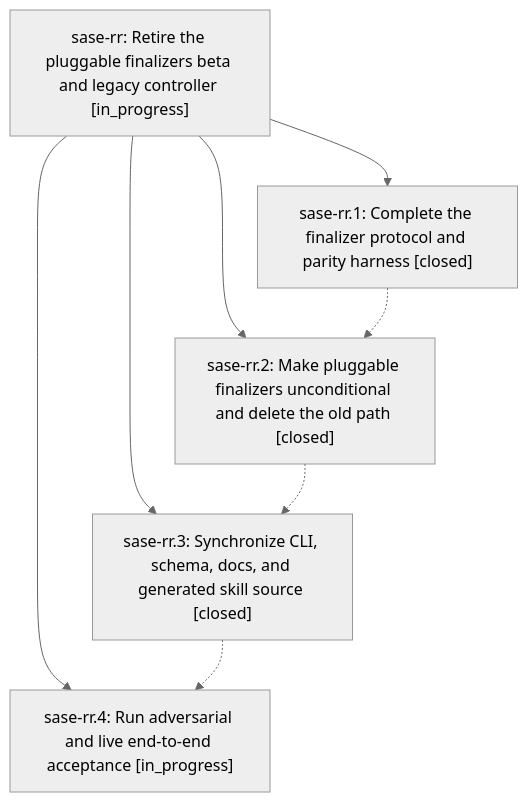
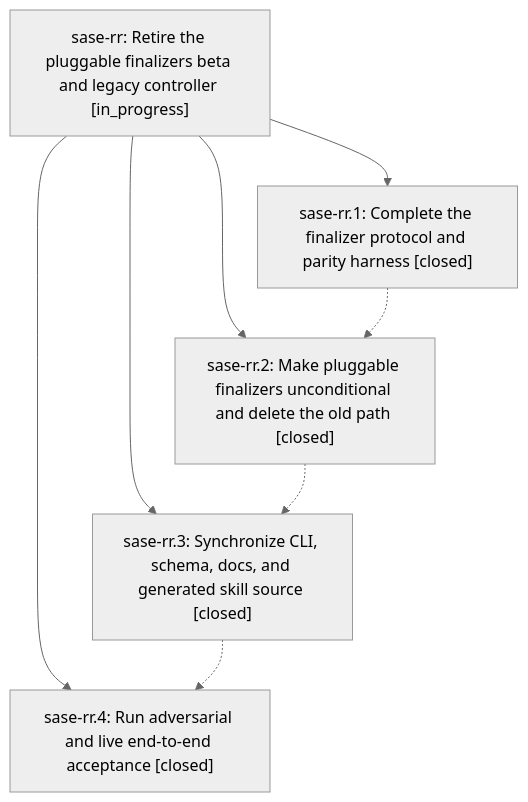
Before and after one commit to sase-org/sase--beads: the diagram in pages/sase-rr/README.md, drawn with Mermaid (neutral theme). The commit also changed other lines of this file and 2 other files, not shown here.

First line of the commit message:
chore(beads): sync bead state and pages for sase-rr

````diff
--- a/pages/sase-rr/README.md
+++ b/pages/sase-rr/README.md
@@ -31,15 +35,15 @@
 ```mermaid
 flowchart TD
     n0["sase-rr: Retire the pluggable finalizers beta and legacy controller [in_progress]"]
     n1["sase-rr.1: Complete the finalizer protocol and parity harness [closed]"]
     n2["sase-rr.2: Make pluggable finalizers unconditional and delete the old path [closed]"]
     n3["sase-rr.3: Synchronize CLI, schema, docs, and generated skill source [closed]"]
-    n4["sase-rr.4: Run adversarial and live end-to-end acceptance [in_progress]"]
+    n4["sase-rr.4: Run adversarial and live end-to-end acceptance [closed]"]
     n0 --> n1
     n0 --> n2
     n0 --> n3
     n0 --> n4
     n1 -.-> n2
     n2 -.-> n3
     n3 -.-> n4
 ```
````
